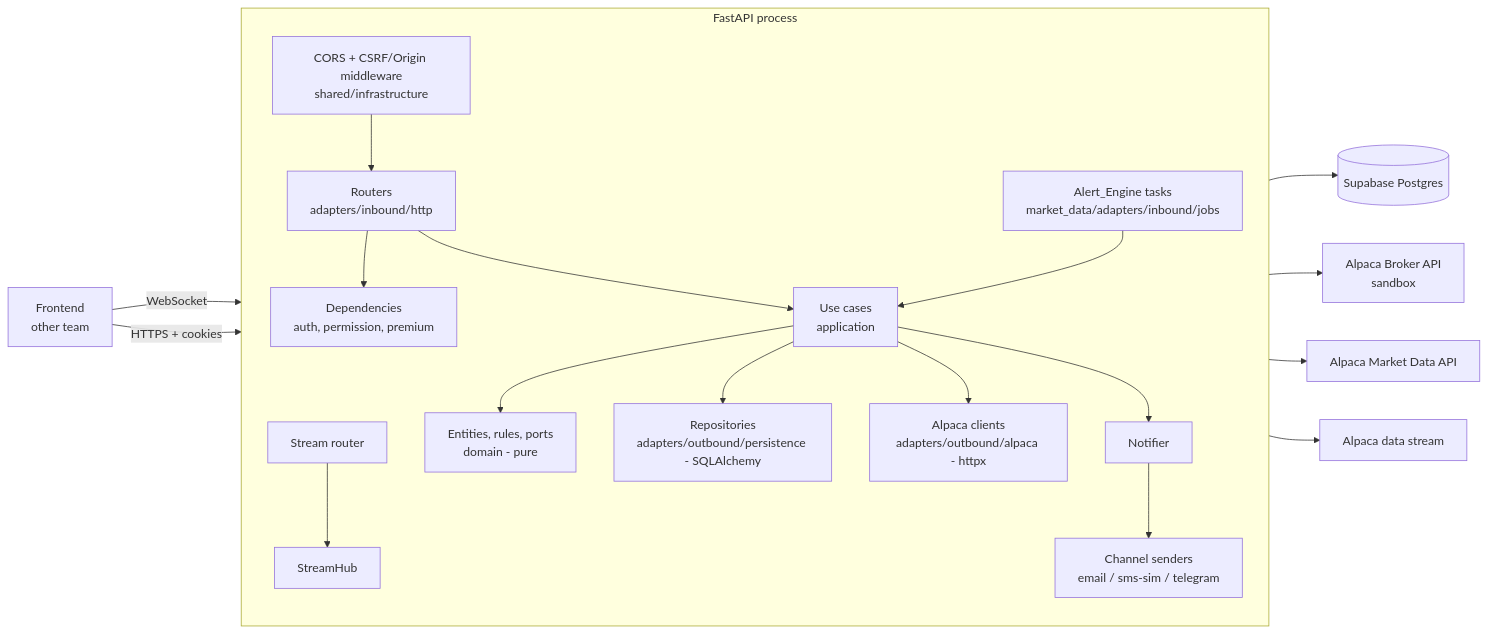
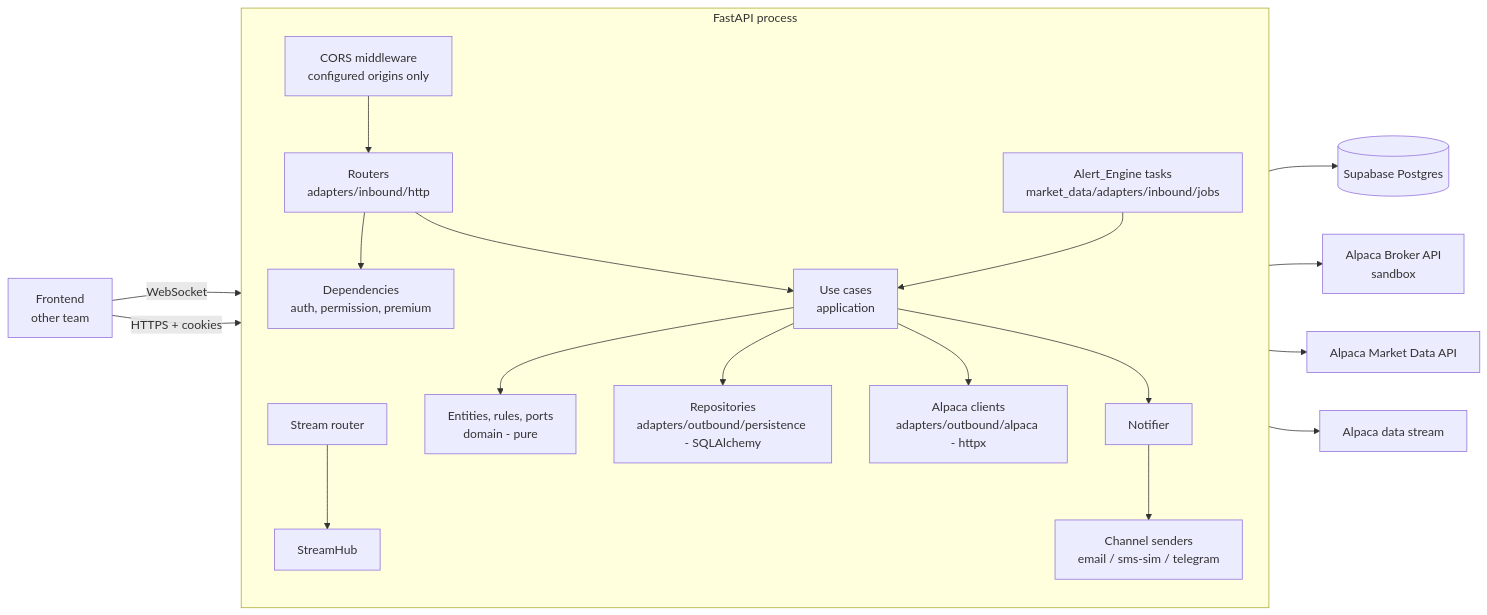
One commit to DarkJans19/acciones_ud_capital_flow changed the first of 6 diagrams in .kiro/specs/identity-market-backend/design.md. Above: the diagram before and after it, drawn with Mermaid. The commit also changed other lines of this file and 2 other files, not shown here.

First line of the commit message:
docs(specs): drop CSRF and Origin validation from identity-market-backend

````diff
--- a/.kiro/specs/identity-market-backend/design.md
+++ b/.kiro/specs/identity-market-backend/design.md
@@ -67,24 +67,24 @@
 ```mermaid
 flowchart LR
     FE[Frontend<br/>other team] -- HTTPS + cookies --> API
     FE -- WebSocket --> WS
 
     subgraph API[FastAPI process]
         direction TB
-        CSRF[CORS + CSRF/Origin middleware<br/>shared/infrastructure] --> R
+        CORS[CORS middleware<br/>configured origins only] --> R
         R[Routers<br/>adapters/inbound/http] --> D[Dependencies<br/>auth, permission, premium]
         R --> S[Use cases<br/>application]
         S --> DOM[Entities, rules, ports<br/>domain - pure]
         S --> REPO[Repositories<br/>adapters/outbound/persistence - SQLAlchemy]
         S --> AC[Alpaca clients<br/>adapters/outbound/alpaca - httpx]
         WS[Stream router] --> HUB[StreamHub]
         ENG[Alert_Engine tasks<br/>market_data/adapters/inbound/jobs] --> S
         S --> NOT[Notifier]
         NOT --> SEND[Channel senders<br/>email / sms-sim / telegram]
     end
 
     REPO --> DB[(Supabase Postgres)]
     AC --> BROKER[Alpaca Broker API<br/>sandbox]
     AC --> DATA[Alpaca Market Data API]
     HUB --> STREAM[Alpaca data stream]
 ```
````
